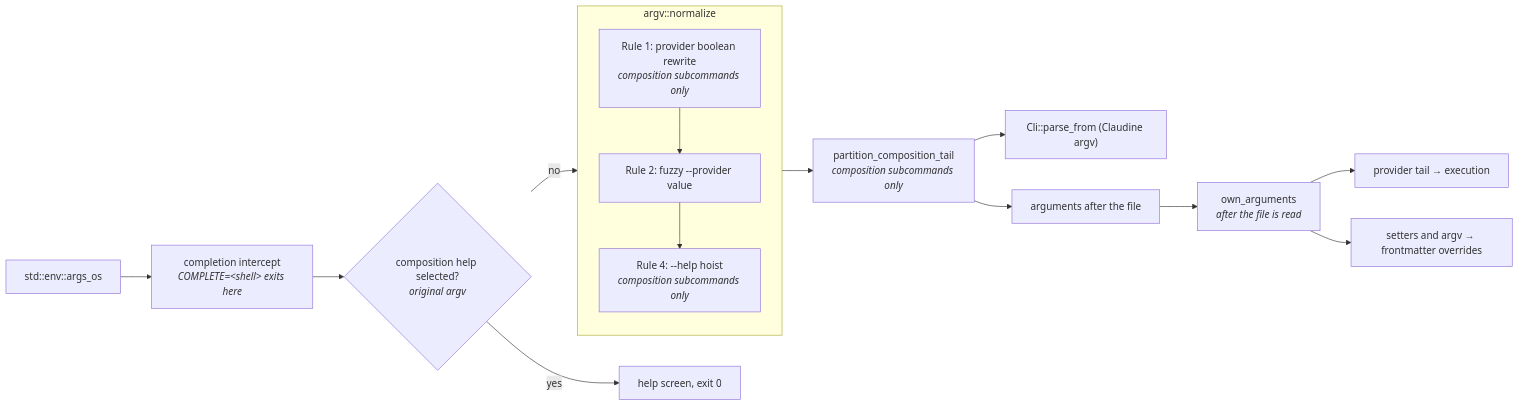
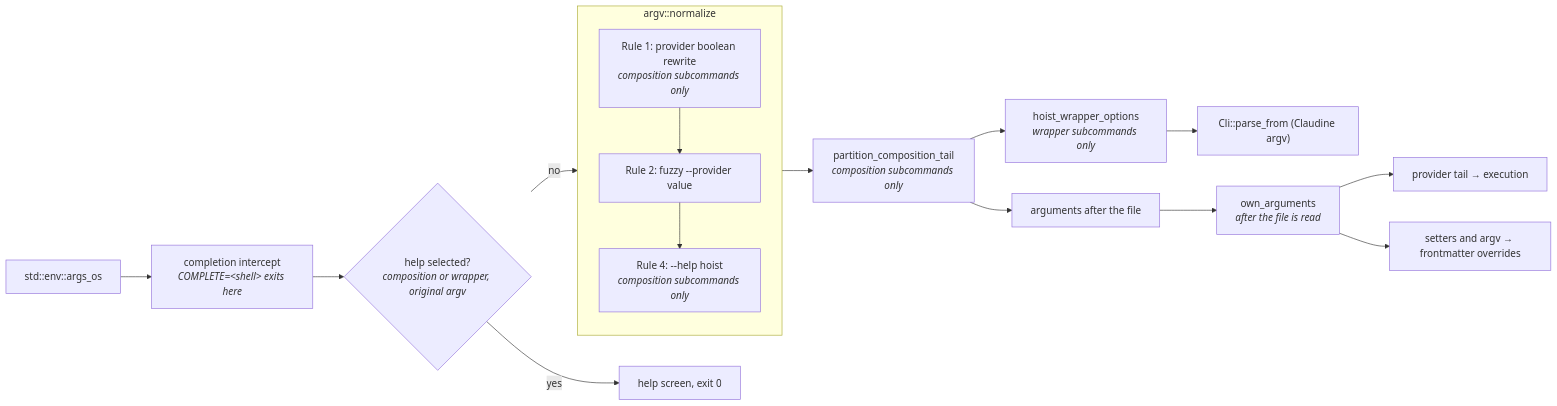
The first of 2 diagrams in claudine/docs/topics/argv-normalization.md (yankeeinlondon/rusty-biscuit), drawn with Mermaid before and after one commit. The commit also changed other lines of this file and 22 other files, not shown here.

First line of the commit message:
fix(claudine): make wrapper options position independent

````diff
--- a/claudine/docs/topics/argv-normalization.md
+++ b/claudine/docs/topics/argv-normalization.md
@@ -23,20 +50,21 @@
 ```mermaid
 flowchart LR
     A["std::env::args_os"] --> CI["completion intercept<br/><i>COMPLETE=&lt;shell&gt; exits here</i>"]
-    CI --> H{"composition help selected?<br/><i>original argv</i>"}
+    CI --> H{"help selected?<br/><i>composition or wrapper, original argv</i>"}
     H -- "yes" --> HE["help screen, exit 0"]
     H -- "no" --> B["argv::normalize"]
     subgraph B["argv::normalize"]
         direction TB
         R1["Rule 1: provider boolean rewrite<br/><i>composition subcommands only</i>"]
         R2["Rule 2: fuzzy --provider value"]
         R4["Rule 4: --help hoist<br/><i>composition subcommands only</i>"]
         R1 --> R2 --> R4
     end
     B --> P["partition_composition_tail<br/><i>composition subcommands only</i>"]
-    P --> C["Cli::parse_from (Claudine argv)"]
+    P --> W["hoist_wrapper_options<br/><i>wrapper subcommands only</i>"]
+    W --> C["Cli::parse_from (Claudine argv)"]
     P --> T["arguments after the file"]
     T --> O["own_arguments<br/><i>after the file is read</i>"]
     O --> TL["provider tail → execution"]
     O --> ST["setters and argv → frontmatter overrides"]
 ```
````
